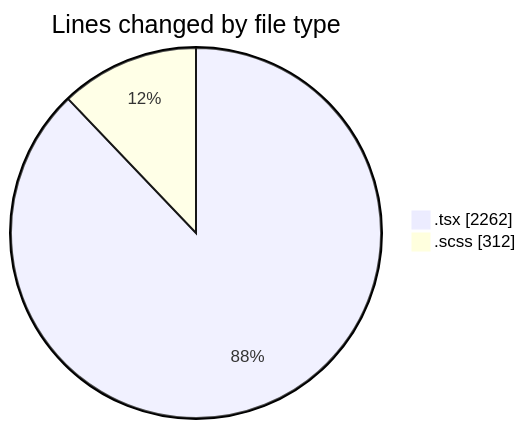
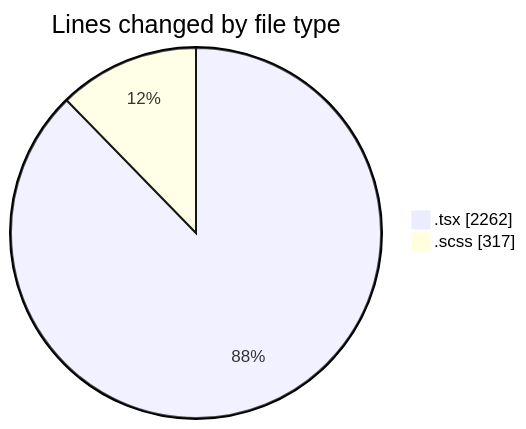
Before and after one commit to momahboobian/code-tracking: the first of 2 diagrams in 2025-09-30/cda/README.md, drawn with Mermaid. The commit also changed other lines of this file and 1 other file, not shown here.

````diff
--- a/2025-09-30/cda/README.md
+++ b/2025-09-30/cda/README.md
@@ -23,6 +23,6 @@
 ```mermaid
 pie showData
 title Lines changed by file type
 ".tsx" : 2262
-".scss" : 312
+".scss" : 317
 ```
````
